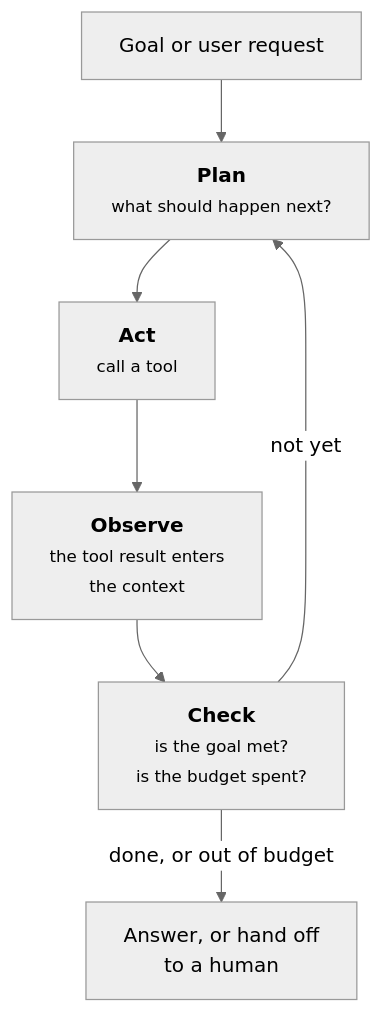
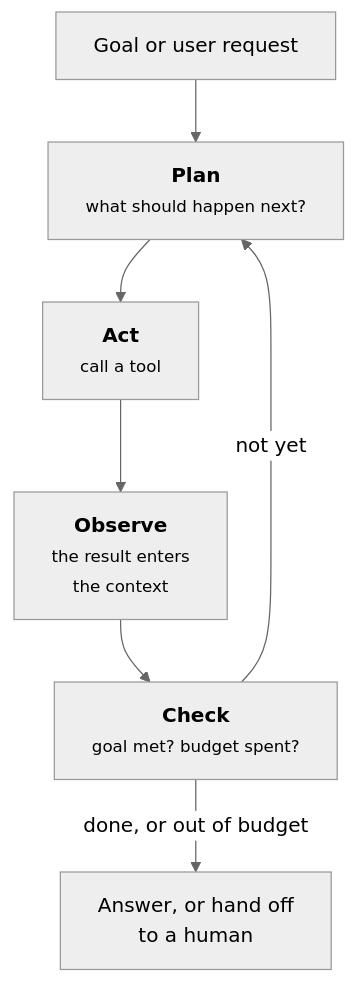
One commit to situkangsayur/dnd-ai-products-services-pro-course-slides changed the diagram in figs/hendri-loop.mmd. Above: the diagram before and after it, drawn with Mermaid (neutral theme). The commit also changed 95 other files, not shown here.

```diff
--- a/figs/hendri-loop.mmd
+++ b/figs/hendri-loop.mmd
@@ -1,11 +1,11 @@
 
 flowchart TB
   G["Goal or user request"]
   P["<b>Plan</b><br/><small>what should happen next?</small>"]
   T["<b>Act</b><br/><small>call a tool</small>"]
-  O["<b>Observe</b><br/><small>the tool result enters<br/>the context</small>"]
-  C["<b>Check</b><br/><small>is the goal met?<br/>is the budget spent?</small>"]
+  O["<b>Observe</b><br/><small>the result enters<br/>the context</small>"]
+  C["<b>Check</b><br/><small>goal met? budget spent?</small>"]
   D["Answer, or hand off<br/>to a human"]
   G --> P --> T --> O --> C
   C -- "not yet" --> P
   C -- "done, or out of budget" --> D
```
